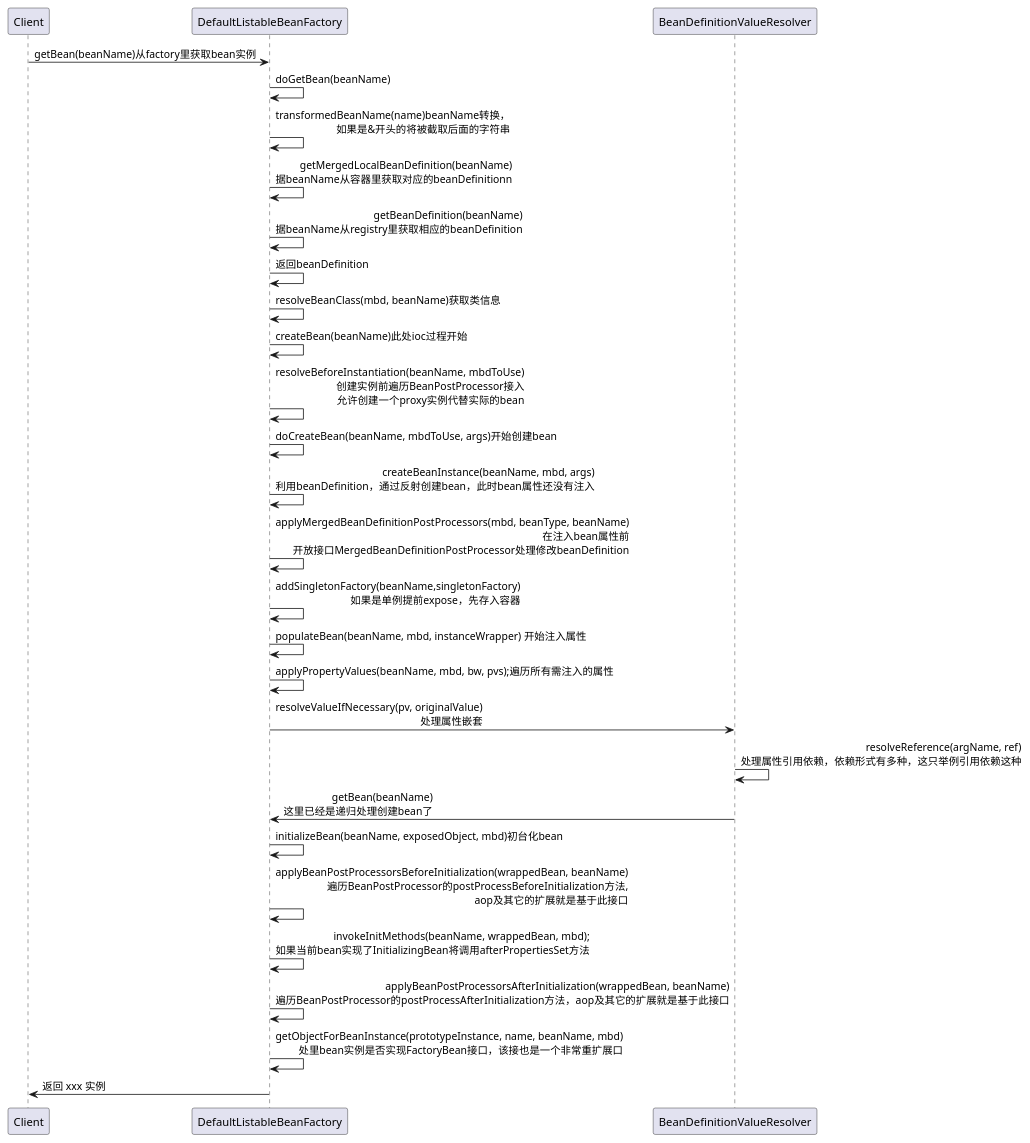
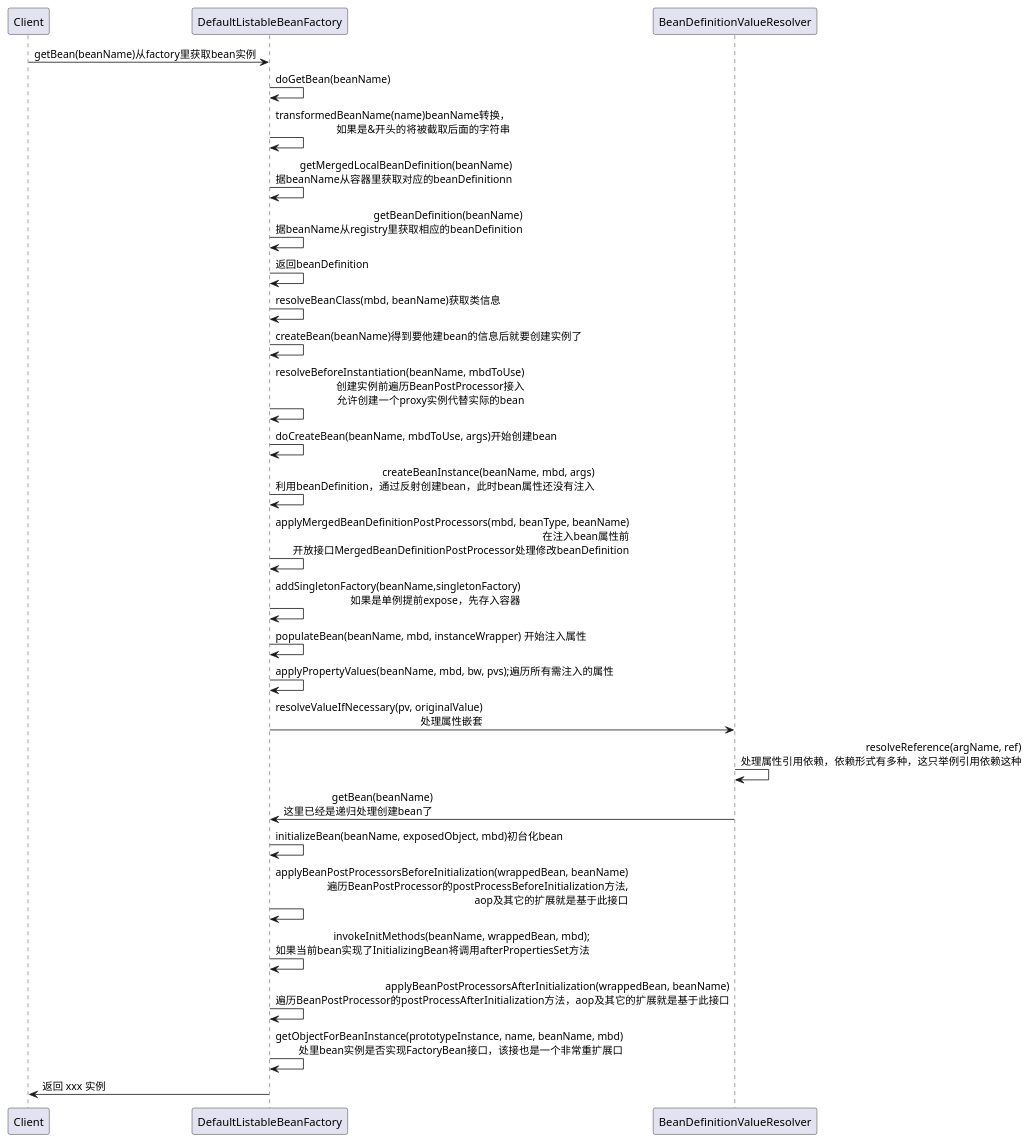
The diagram in spring-beans-src/sequece/ioc.puml (evefost/spring-src-study3), drawn with PlantUML before and after one commit. The commit also changed 1 other file, not shown here.

```diff
--- a/spring-beans-src/sequece/ioc.puml
+++ b/spring-beans-src/sequece/ioc.puml
@@ -2,28 +2,28 @@
 @startuml
 
 Client -> DefaultListableBeanFactory: getBean(beanName)从factory里获取bean实例
 DefaultListableBeanFactory -> DefaultListableBeanFactory: doGetBean(beanName)
 DefaultListableBeanFactory -> DefaultListableBeanFactory:transformedBeanName(name)beanName转换，\r如果是&开头的将被截取后面的字符串
 DefaultListableBeanFactory -> DefaultListableBeanFactory:getMergedLocalBeanDefinition(beanName)\r据beanName从容器里获取对应的beanDefinitionn
 DefaultListableBeanFactory -> DefaultListableBeanFactory: getBeanDefinition(beanName)\r据beanName从registry里获取相应的beanDefinition
 DefaultListableBeanFactory -> DefaultListableBeanFactory: 返回beanDefinition
 DefaultListableBeanFactory-> DefaultListableBeanFactory:resolveBeanClass(mbd, beanName)获取类信息
-DefaultListableBeanFactory -> DefaultListableBeanFactory: createBean(beanName)此处ioc过程开始
+DefaultListableBeanFactory -> DefaultListableBeanFactory: createBean(beanName)得到要他建bean的信息后就要创建实例了
 DefaultListableBeanFactory -> DefaultListableBeanFactory: resolveBeforeInstantiation(beanName, mbdToUse)\r创建实例前遍历BeanPostProcessor接入\r允许创建一个proxy实例代替实际的bean
 DefaultListableBeanFactory -> DefaultListableBeanFactory:doCreateBean(beanName, mbdToUse, args)开始创建bean
 DefaultListableBeanFactory -> DefaultListableBeanFactory:createBeanInstance(beanName, mbd, args)\r利用beanDefinition，通过反射创建bean，此时bean属性还没有注入
 DefaultListableBeanFactory -> DefaultListableBeanFactory: applyMergedBeanDefinitionPostProcessors(mbd, beanType, beanName)\r在注入bean属性前\r开放接口MergedBeanDefinitionPostProcessor处理修改beanDefinition
 DefaultListableBeanFactory -> DefaultListableBeanFactory: addSingletonFactory(beanName,singletonFactory)\r如果是单例提前expose，先存入容器
 DefaultListableBeanFactory -> DefaultListableBeanFactory: populateBean(beanName, mbd, instanceWrapper) 开始注入属性
 DefaultListableBeanFactory -> DefaultListableBeanFactory: applyPropertyValues(beanName, mbd, bw, pvs);遍历所有需注入的属性
 DefaultListableBeanFactory -> BeanDefinitionValueResolver: resolveValueIfNecessary(pv, originalValue)\r处理属性嵌套
 BeanDefinitionValueResolver -> BeanDefinitionValueResolver: resolveReference(argName, ref)\r处理属性引用依赖，依赖形式有多种，这只举例引用依赖这种
 BeanDefinitionValueResolver -> DefaultListableBeanFactory:getBean(beanName)\r这里已经是递归处理创建bean了
 DefaultListableBeanFactory -> DefaultListableBeanFactory: initializeBean(beanName, exposedObject, mbd)初台化bean
 DefaultListableBeanFactory -> DefaultListableBeanFactory: applyBeanPostProcessorsBeforeInitialization(wrappedBean, beanName)\r遍历BeanPostProcessor的postProcessBeforeInitialization方法,\r aop及其它的扩展就是基于此接口
 DefaultListableBeanFactory -> DefaultListableBeanFactory: invokeInitMethods(beanName, wrappedBean, mbd);\r如果当前bean实现了InitializingBean将调用afterPropertiesSet方法
 DefaultListableBeanFactory -> DefaultListableBeanFactory: applyBeanPostProcessorsAfterInitialization(wrappedBean, beanName)\r遍历BeanPostProcessor的postProcessAfterInitialization方法，aop及其它的扩展就是基于此接口
 DefaultListableBeanFactory -> DefaultListableBeanFactory:getObjectForBeanInstance(prototypeInstance, name, beanName, mbd)\r处里bean实例是否实现FactoryBean接口，该接也是一个非常重扩展口
 DefaultListableBeanFactory -> Client: 返回 xxx 实例
 
 @enduml
```
